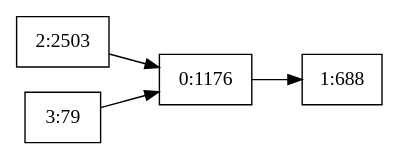
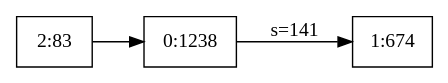
One commit to agongdai/peta changed the diagram in graph/rm_bf_update.dot. Above: the diagram before and after it, drawn with Graphviz. The commit also changed 17 other files, not shown here.

```diff
--- a/graph/rm_bf_update.dot
+++ b/graph/rm_bf_update.dot
@@ -1,10 +1,8 @@
 digraph g { 
 	rankdir = LR 
-	0 [shape=box, label="0:1176"] 
-	0 -> 1
-	1 [shape=box, label="1:688"] 
-	2 [shape=box, label="2:2503"] 
+	0 [shape=box, label="0:1238"] 
+	0 -> 1 [label="s=141"] 
+	1 [shape=box, label="1:674"] 
+	2 [shape=box, label="2:83"] 
 	2 -> 0
-	3 [shape=box, label="3:79"] 
-	3 -> 0
 } 
```
